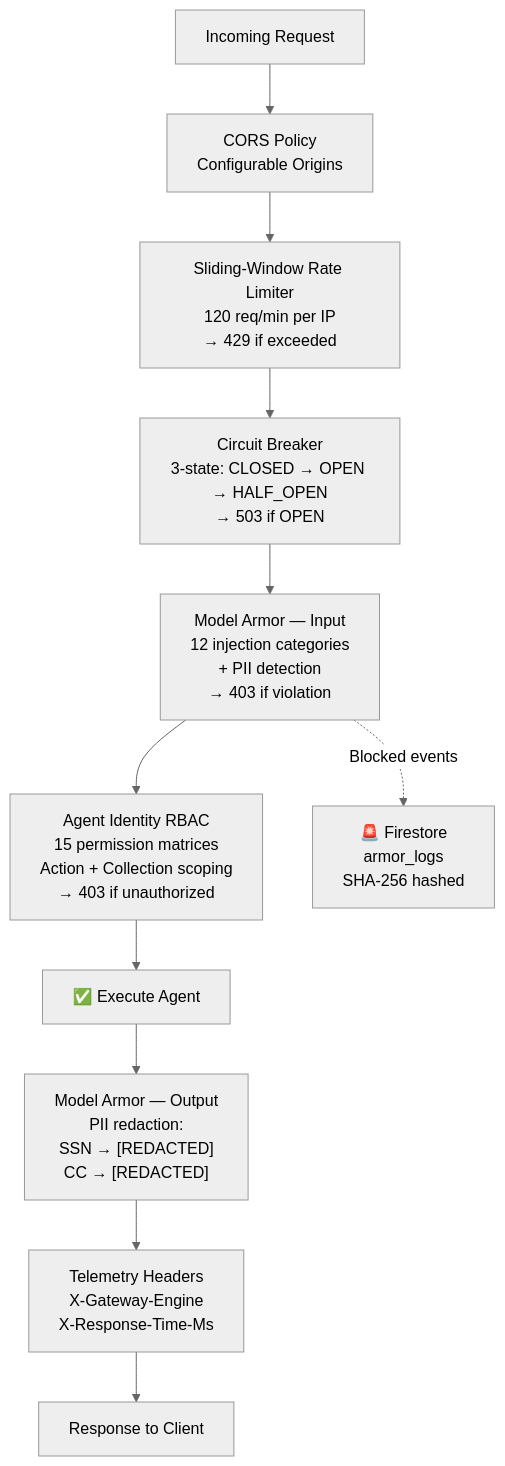
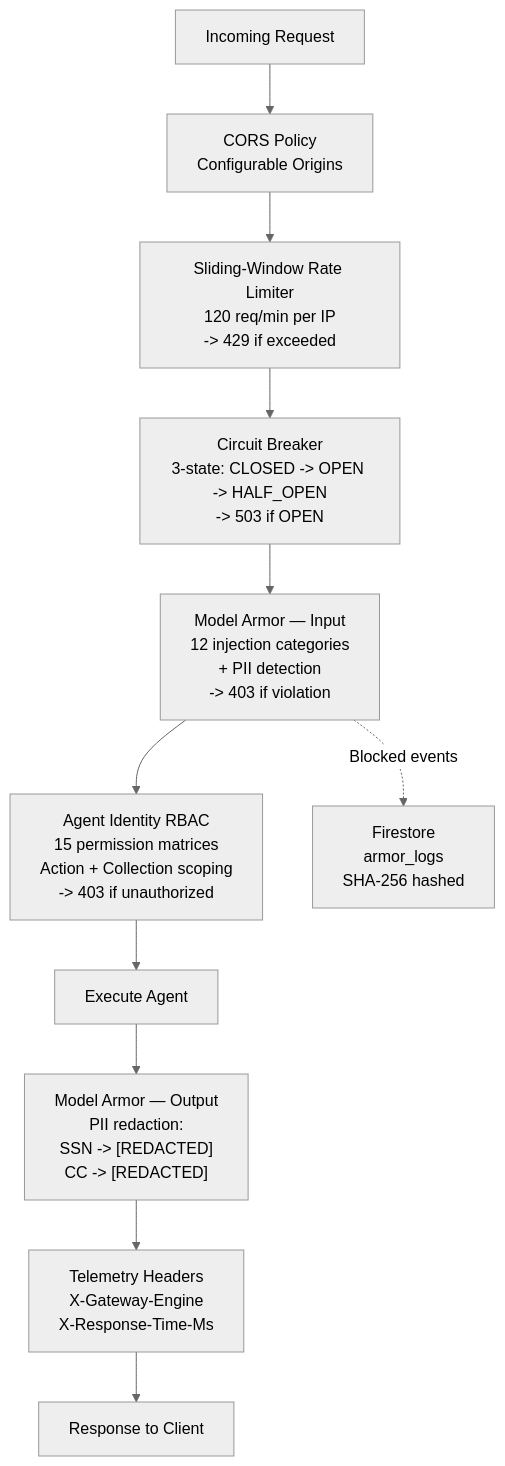
Before and after one commit to z-lovejeet/Crewmate: the sixth of 6 diagrams in README.md, drawn with Mermaid (neutral theme). The commit also changed other lines of this file and 2 other files, not shown here.

````diff
--- a/README.md
+++ b/README.md
@@ -346,14 +376,14 @@
 ```mermaid
 flowchart TD
     REQ["Incoming Request"] --> CORS["CORS Policy\nConfigurable Origins"]
-    CORS --> RATE["Sliding-Window Rate Limiter\n120 req/min per IP\n→ 429 if exceeded"]
-    RATE --> CB["Circuit Breaker\n3-state: CLOSED → OPEN → HALF_OPEN\n→ 503 if OPEN"]
-    CB --> INPUT["Model Armor — Input\n12 injection categories\n+ PII detection\n→ 403 if violation"]
-    INPUT --> RBAC["Agent Identity RBAC\n15 permission matrices\nAction + Collection scoping\n→ 403 if unauthorized"]
-    RBAC --> EXEC["✅ Execute Agent"]
-    EXEC --> OUTPUT["Model Armor — Output\nPII redaction:\nSSN → [REDACTED]\nCC → [REDACTED]"]
+    CORS --> RATE["Sliding-Window Rate Limiter\n120 req/min per IP\n-> 429 if exceeded"]
+    RATE --> CB["Circuit Breaker\n3-state: CLOSED -> OPEN -> HALF_OPEN\n-> 503 if OPEN"]
+    CB --> INPUT["Model Armor — Input\n12 injection categories\n+ PII detection\n-> 403 if violation"]
+    INPUT --> RBAC["Agent Identity RBAC\n15 permission matrices\nAction + Collection scoping\n-> 403 if unauthorized"]
+    RBAC --> EXEC["Execute Agent"]
+    EXEC --> OUTPUT["Model Armor — Output\nPII redaction:\nSSN -> [REDACTED]\nCC -> [REDACTED]"]
     OUTPUT --> HEADERS["Telemetry Headers\nX-Gateway-Engine\nX-Response-Time-Ms"]
     HEADERS --> RES["Response to Client"]
 
-    INPUT -.->|"Blocked events"| AUDIT["🚨 Firestore\narmor_logs\nSHA-256 hashed"]
+    INPUT -.->|"Blocked events"| AUDIT["Firestore\narmor_logs\nSHA-256 hashed"]
 ```
````
